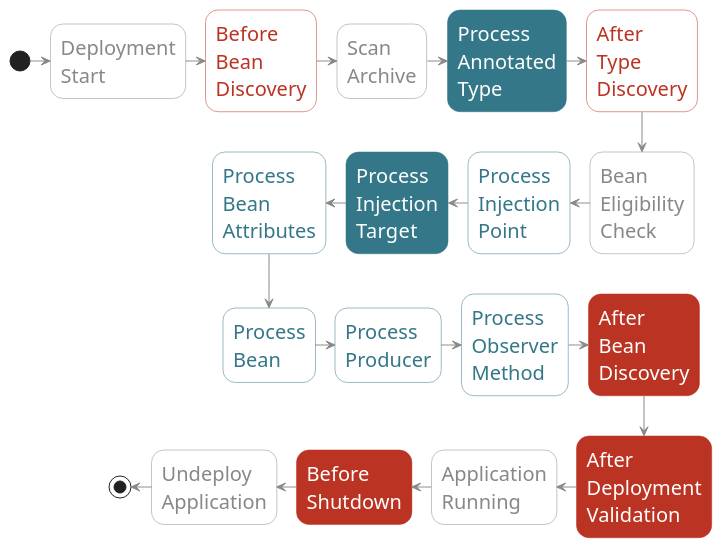
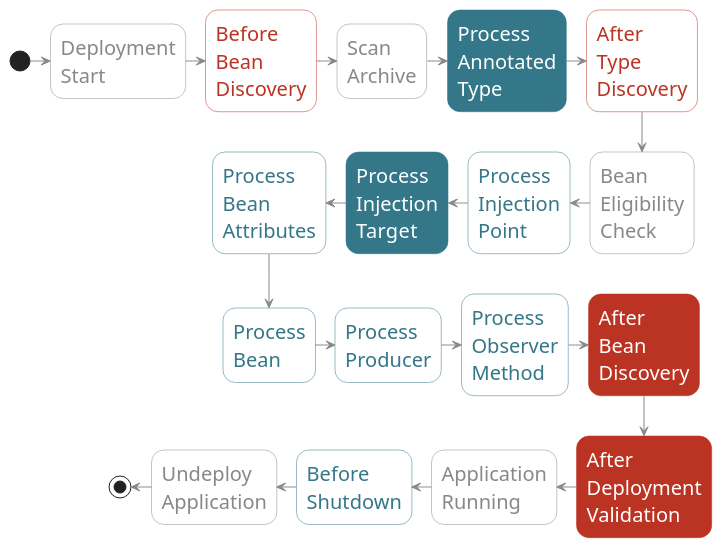
Before and after one commit to astefanutti/further-cdi: the diagram in parts/camel.adoc, drawn with PlantUML. The commit also changed other lines of this file, not shown here.

Commit message:
Reflect not using BeforeShutdown event to stop the Camel context

```diff
--- a/parts/camel.adoc
+++ b/parts/camel.adoc
@@ -204,54 +204,54 @@
 [plantuml, "lifecycle-PAT-PIT-ABD-ADV-BS", "svg", height="85%", width="95%"]
 ----
 @startuml
 
 skinparam shadowing false
 skinparam backgroundColor transparent
 skinparam defaultFontName Consolas
 
 skinparam activity {
   FontSize 20
   FontName Consolas
   FontColor #337788
   ArrowColor #888888
   BorderColor #337788
   BackgroundColor #white
 
   FontColor<< Internal >> #888888
   BorderColor<< Internal >> #888888
   BackgroundColor<< Internal >> #white
 
   FontColor<< Once >> #BB3322
   BorderColor<< Once >> #BB3322
   BackgroundColor<< Once >> #white
 
   FontColor<< Highlight >> white
   BorderColor<< Highlight >> #337788
   BackgroundColor<< Highlight >> #337788
 
   FontColor<< HighlightOnce >> white
   BorderColor<< HighlightOnce >> #BB3322
   BackgroundColor<< HighlightOnce >> #BB3322
 }
 
 (*) -right-> "Deployment\nStart" << Internal >>
 -right-> "Before\nBean\nDiscovery" << Once >>
 -right-> "Scan\nArchive" << Internal >>
 -right-> "Process\nAnnotated\nType" << Highlight >>
 -right-> "After\nType\nDiscovery" << Once >>
 -down-> "Bean\nEligibility\nCheck" << Internal >>
 -left-> "Process\nInjection\nPoint"
 -left-> "Process\nInjection\nTarget" << Highlight >>
 -left-> "Process\nBean\nAttributes"
 -down-> "Process\nBean"
 -right-> "Process\nProducer"
 -right-> "Process\nObserver\nMethod"
 -right-> "After\nBean\nDiscovery" << HighlightOnce >>
 -down-> "After\nDeployment\nValidation" << HighlightOnce >>
 -left-> "Application\nRunning" << Internal >>
--left-> "Before\nShutdown" << HighlightOnce >>
+-left-> "Before\nShutdown"
 -left-> "Undeploy\nApplication" << Internal >>
 -left-> (*)
 
 @enduml
 ----
```
